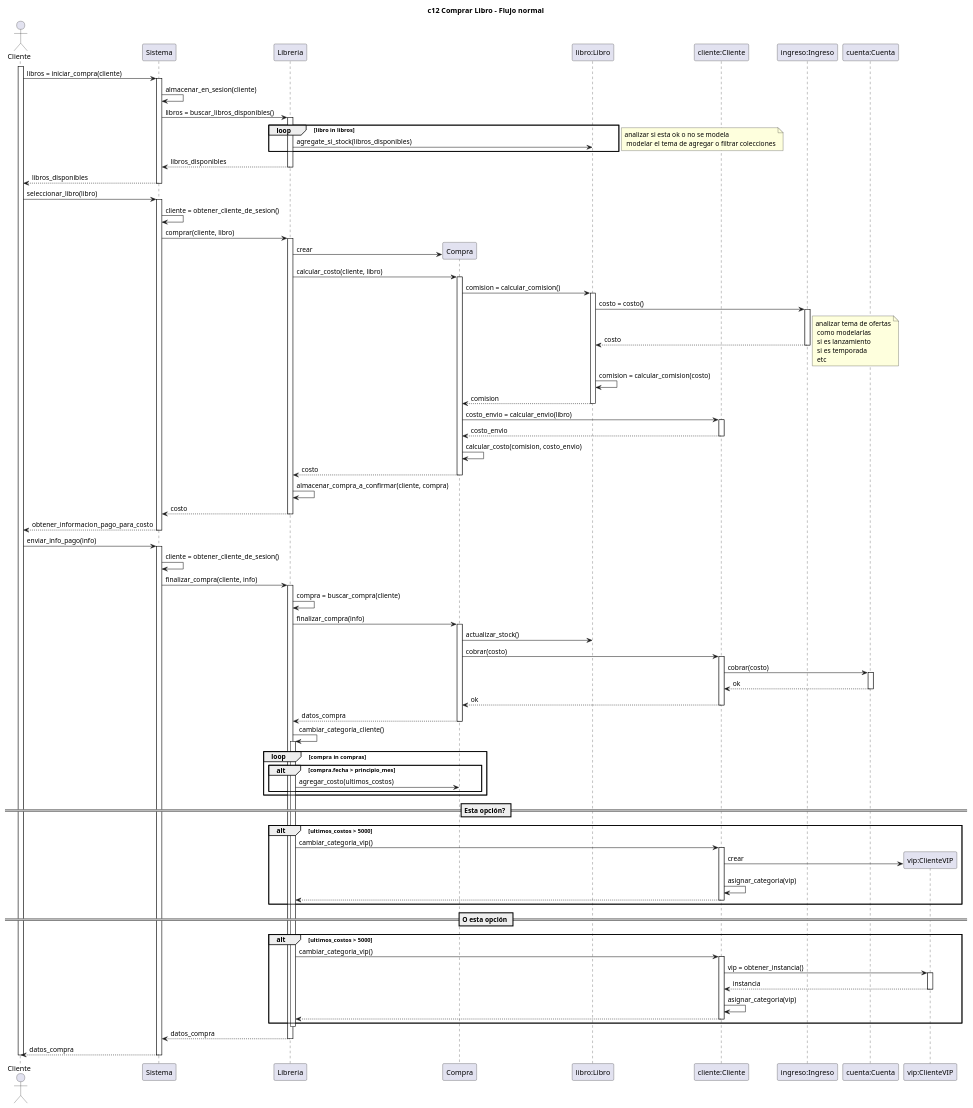
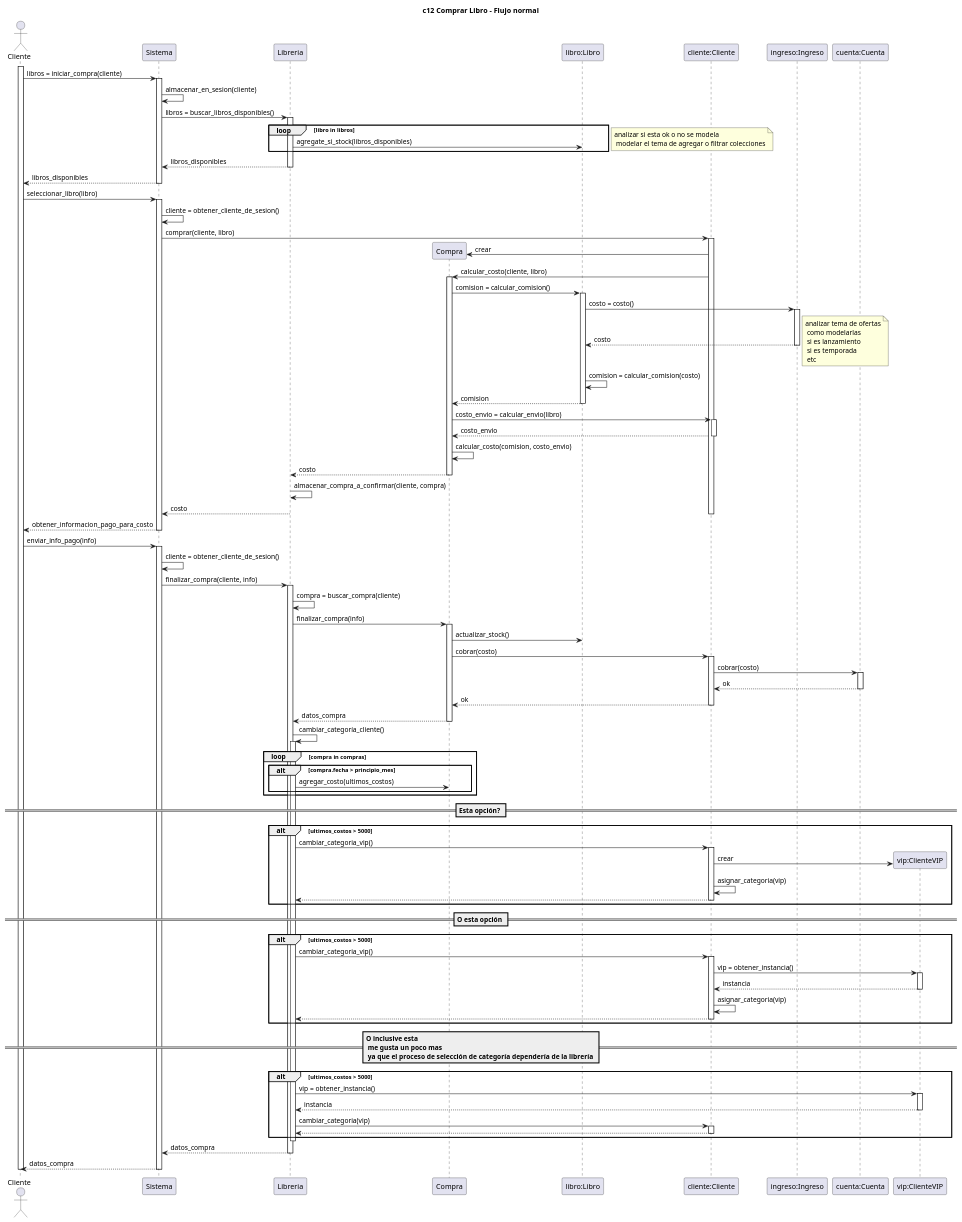
One commit to pablodanielrey/dsbm changed the first of 4 diagrams in tp/secuencia/compra/secuencia.plantuml. Above: the diagram before and after it, drawn with PlantUML. The commit also changed other lines of this file and 1 other file, not shown here.

```diff
--- a/tp/secuencia/compra/secuencia.plantuml
+++ b/tp/secuencia/compra/secuencia.plantuml
@@ -2,121 +2,136 @@
 @startuml c12 Comprar Libro - Flujo normal
 
 title c12 Comprar Libro - Flujo normal
 
 actor Cliente as c
 participant Sistema as s
 participant Libreria as l
 participant Compra as compra
 participant "libro:Libro" as libro
 participant "cliente:Cliente" as cliente
 participant "ingreso:Ingreso" as ingreso
 participant "cuenta:Cuenta" as cuenta
 participant "vip:ClienteVIP" as vip
 
 activate c
 c -> s : libros = iniciar_compra(cliente)
 activate s
     s -> s : almacenar_en_sesion(cliente)
     s -> l : libros = buscar_libros_disponibles()
     activate l
         loop libro in libros
             l -> libro : agregate_si_stock(libros_disponibles)
         end
         note left : analizar si esta ok o no se modela\n modelar el tema de agregar o filtrar colecciones
         return libros_disponibles
     deactivate l
     c <-- s : libros_disponibles
 deactivate s
 
 c -> s : seleccionar_libro(libro)
 activate s
     s -> s : cliente = obtener_cliente_de_sesion()
-    s -> l : comprar(cliente, libro)
-    activate l 
-        l -> compra ** : crear
-        l -> compra : calcular_costo(cliente, libro)
+    s -> cliente : comprar(cliente, libro)
+    activate cliente
+        cliente -> compra ** : crear
+        cliente -> compra : calcular_costo(cliente, libro)
         activate compra
             'el costo depende del tipo de libro y del tipo de cliente
             compra -> libro : comision = calcular_comision()
             activate libro
                 libro -> ingreso : costo = costo()
                 activate ingreso
                     libro <-- ingreso : costo
                 deactivate ingreso
                 note right : analizar tema de ofertas\n como modelarlas\n si es lanzamiento\n si es temporada\n etc
                 libro -> libro : comision = calcular_comision(costo)
                 compra <-- libro : comision
             deactivate libro
             compra -> cliente : costo_envio = calcular_envio(libro)
             activate cliente
                 compra <-- cliente : costo_envio
             deactivate cliente
             compra -> compra : calcular_costo(comision, costo_envio)
             l <-- compra : costo
         deactivate compra
         l -> l : almacenar_compra_a_confirmar(cliente, compra)
         s <-- l : costo
-    deactivate l
+    deactivate cliente
     return obtener_informacion_pago_para_costo
 deactivate s
 
 c -> s : enviar_info_pago(info)
 activate s
     s -> s : cliente = obtener_cliente_de_sesion()
     s -> l : finalizar_compra(cliente, info)
     activate l
         l -> l : compra = buscar_compra(cliente)
         l -> compra : finalizar_compra(info)
         activate compra
             compra -> libro : actualizar_stock()
             compra -> cliente : cobrar(costo)
             activate cliente
                 cliente -> cuenta : cobrar(costo)
                 activate cuenta
                     cliente <-- cuenta: ok
                 deactivate cuenta
                 compra <-- cliente : ok
             deactivate cliente
             l <-- compra : datos_compra
         deactivate compra
         l -> l : cambiar_categoría_cliente()
         activate l
             loop compra in compras
                 alt compra.fecha > principio_mes
                     l -> compra : agregar_costo(ultimos_costos)
                 end
             end
 
             == Esta opción? ==
 
             alt ultimos_costos > 5000
                 l -> cliente : cambiar_categoria_vip()
                 activate cliente
                     cliente -> vip **: crear
                     cliente -> cliente : asignar_categoria(vip)
                     l <-- cliente
                 deactivate cliente
             end
 
             == O esta opción ==
 
             alt ultimos_costos > 5000
                 l -> cliente : cambiar_categoria_vip()
                 activate cliente
                     cliente -> vip : vip = obtener_instancia()
                     activate vip
                         cliente <-- vip : instancia
                     deactivate vip
                     cliente -> cliente : asignar_categoria(vip)
                     l <-- cliente
                 deactivate cliente
             end
+
+            == O inclusive esta\n me gusta un poco mas\n ya que el proceso de selección de categoría dependería de la librería ==
+
+            alt ultimos_costos > 5000
+                l -> vip : vip = obtener_instancia()
+                activate vip
+                    l <-- vip : instancia
+                deactivate vip
+
+                l -> cliente : cambiar_categoria(vip)
+                activate cliente
+                    l <-- cliente
+                deactivate cliente
+            end
+
         deactivate l
         s <-- l : datos_compra
     deactivate l
     c <-- s : datos_compra
 deactivate s
 
 deactivate c
 
 @enduml
```
